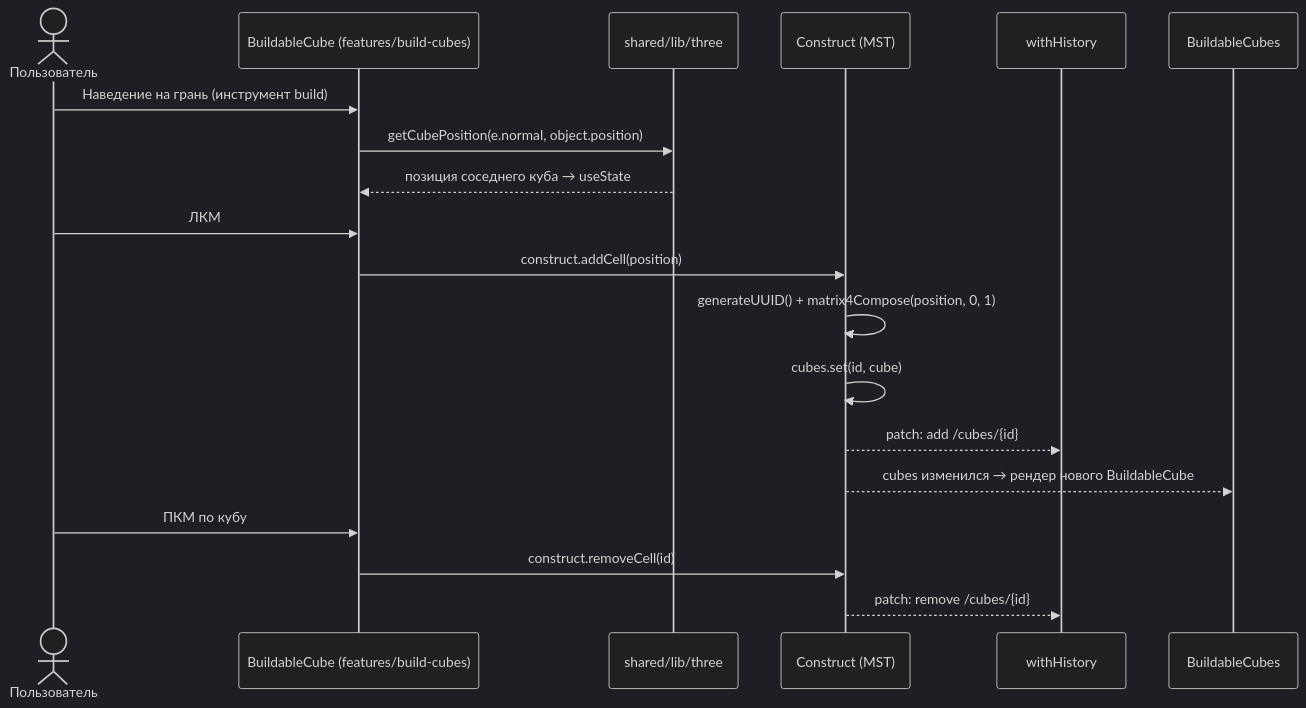
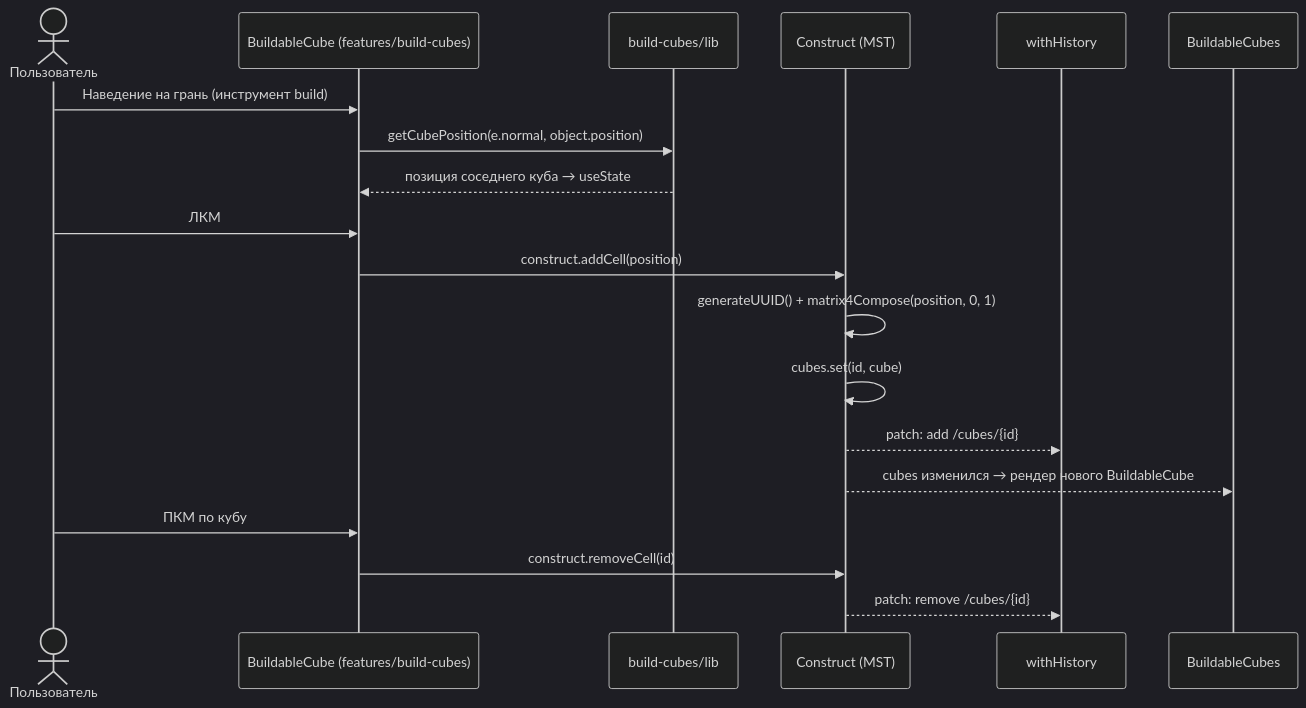
Before and after one commit to Nikita-Ardashev/dnd-frontend: the third of 6 diagrams in docs/12-data-flow.md, drawn with Mermaid (dark theme). The commit also changed 27 other files, not shown here.

````diff
--- a/docs/12-data-flow.md
+++ b/docs/12-data-flow.md
@@ -61,23 +61,23 @@
 ```mermaid
 sequenceDiagram
     actor U as Пользователь
     participant BC as BuildableCube (features/build-cubes)
-    participant L as shared/lib/three
+    participant L as build-cubes/lib
     participant CN as Construct (MST)
     participant H as withHistory
     participant BCS as BuildableCubes
 
     U->>BC: Наведение на грань (инструмент build)
     BC->>L: getCubePosition(e.normal, object.position)
     L-->>BC: позиция соседнего куба → useState
     U->>BC: ЛКМ
     BC->>CN: construct.addCell(position)
     CN->>CN: generateUUID() + matrix4Compose(position, 0, 1)
     CN->>CN: cubes.set(id, cube)
     CN-->>H: patch: add /cubes/{id}
     CN-->>BCS: cubes изменился → рендер нового BuildableCube
 
     U->>BC: ПКМ по кубу
     BC->>CN: construct.removeCell(id)
     CN-->>H: patch: remove /cubes/{id}
 ```
````
